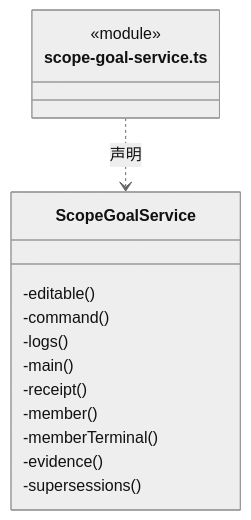
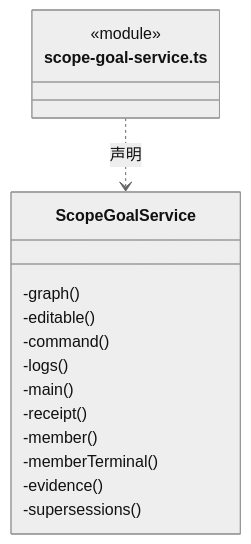
Before and after one commit to nan023062/cbim: diagram 37 of 59 in src/backend/scheduler-engine/execution/ARCHITECTURE.md, drawn with Mermaid (neutral theme). The commit also changed other lines of this file and 52 other files, not shown here.

````diff
--- a/src/backend/scheduler-engine/execution/ARCHITECTURE.md
+++ b/src/backend/scheduler-engine/execution/ARCHITECTURE.md
@@ -951,18 +953,19 @@
 ```mermaid
 classDiagram
 class N_src_backend_scheduler_engine_execution_scope_goal_service_ts["scope-goal-service.ts"] {
   <<module>>
 }
 class N_src_backend_scheduler_engine_execution_scope_goal_service_ts_ScopeGoalService["ScopeGoalService"] {
+  -graph()
   -editable()
   -command()
   -logs()
   -main()
   -receipt()
   -member()
   -memberTerminal()
   -evidence()
   -supersessions()
 }
 N_src_backend_scheduler_engine_execution_scope_goal_service_ts ..> N_src_backend_scheduler_engine_execution_scope_goal_service_ts_ScopeGoalService : 声明
 ```
````
